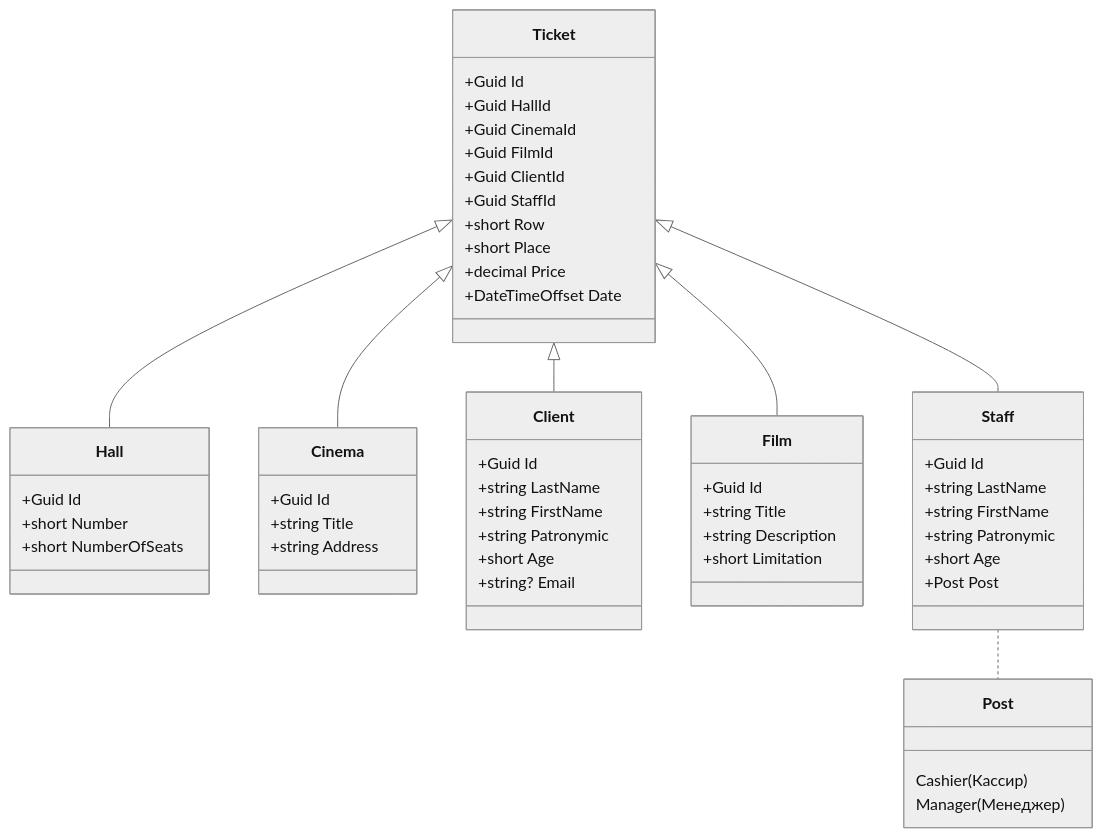
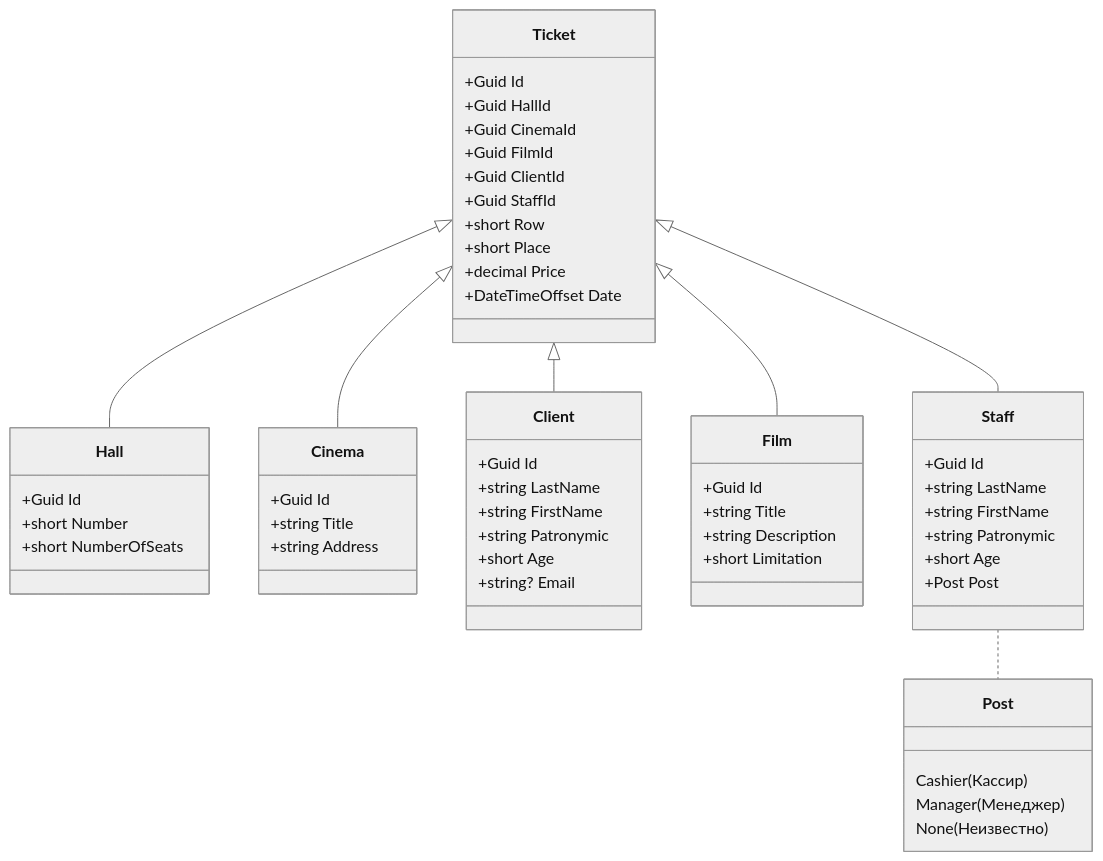
One commit to DenchikSlaziet/TicketSelling-API changed the diagram in README.md. Above: the diagram before and after it, drawn with Mermaid (neutral theme).

````diff
--- a/README.md
+++ b/README.md
@@ -4,59 +4,60 @@
 ```mermaid
     classDiagram
     Ticket <|-- Hall
     Ticket <|-- Cinema
     Ticket <|-- Client
     Ticket <|-- Film
     Ticket <|-- Staff
     Staff .. Post
     class Hall{
         +Guid Id
         +short Number
         +short NumberOfSeats
     }
     class Cinema{
         +Guid Id
         +string Title
         +string Address
     }
     class Client {
         +Guid Id
         +string LastName
         +string FirstName
         +string Patronymic
         +short Age
         +string? Email
     }
     class Film {
         +Guid Id
         +string Title
         +string Description
         +short Limitation
     }
 
     class Staff {
         +Guid Id
         +string LastName
         +string FirstName
         +string Patronymic
         +short Age
         +Post Post
     }
     class Ticket {
         +Guid Id 
         +Guid HallId 
         +Guid CinemaId
         +Guid FilmId
         +Guid ClientId
         +Guid StaffId
         +short Row
         +short Place
         +decimal Price
         +DateTimeOffset Date
     }
     class Post{
         Cashier(Кассир)
         Manager(Менеджер)
+        None(Неизвестно)
     }
 
 ```
````
